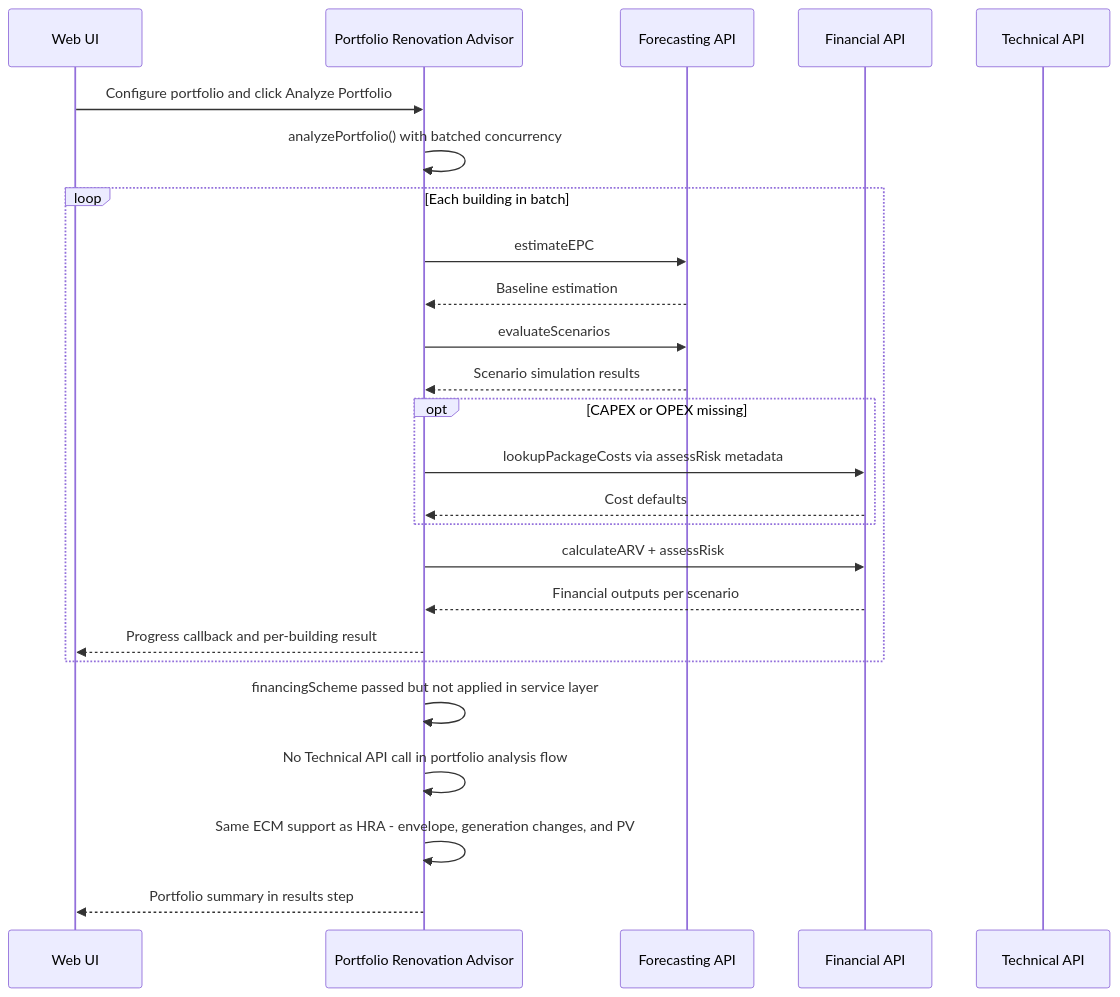
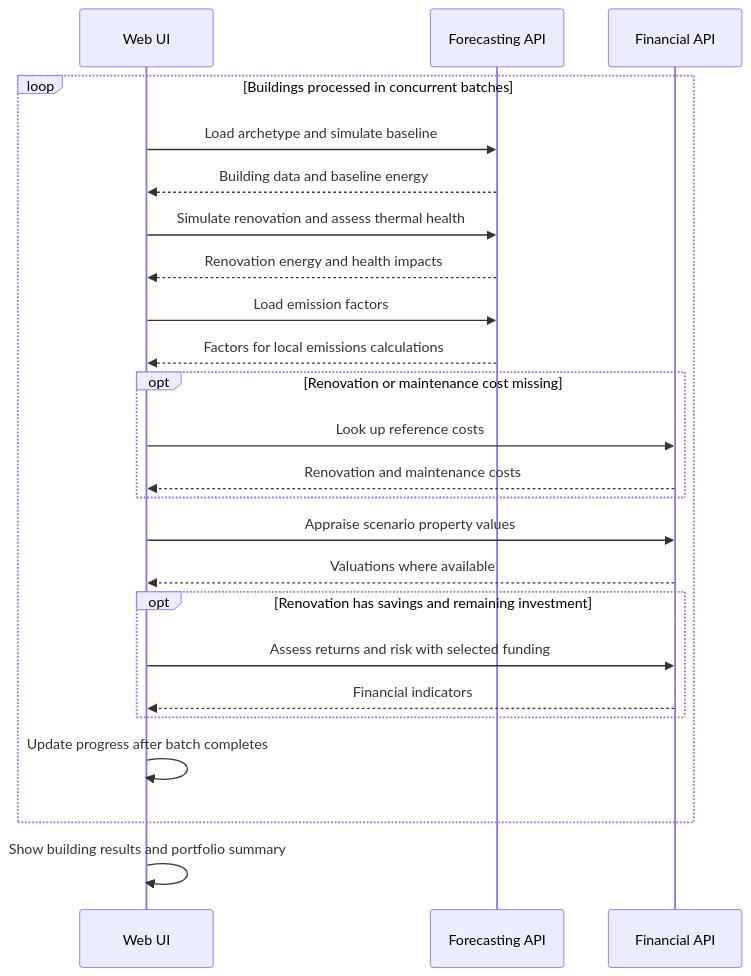
The second of 3 diagrams in README.md (ReLIFE-Project-EU/relife-web-ui), drawn with Mermaid before and after one commit. The commit also changed other lines of this file, not shown here.

Commit message:
📝 Refine README and correct architecture diagrams

````diff
--- a/README.md
+++ b/README.md
@@ -114,28 +100,27 @@
 ```mermaid
 sequenceDiagram
     participant UI as Web UI
-    participant PRA as Portfolio Renovation Advisor
     participant FCAST as Forecasting API
     participant FIN as Financial API
-    participant TECH as Technical API
 
-    UI->>PRA: Configure portfolio and click Analyze Portfolio
-    PRA->>PRA: analyzePortfolio() with batched concurrency
-    loop Each building in batch
-      PRA->>FCAST: estimateEPC
-      FCAST-->>PRA: Baseline estimation
-      PRA->>FCAST: evaluateScenarios
-      FCAST-->>PRA: Scenario simulation results
-      opt CAPEX or OPEX missing
-        PRA->>FIN: lookupPackageCosts via assessRisk metadata
-        FIN-->>PRA: Cost defaults
+    loop Buildings processed in concurrent batches
+      UI->>FCAST: Load archetype and simulate baseline
+      FCAST-->>UI: Building data and baseline energy
+      UI->>FCAST: Simulate renovation and assess thermal health
+      FCAST-->>UI: Renovation energy and health impacts
+      UI->>FCAST: Load emission factors
+      FCAST-->>UI: Factors for local emissions calculations
+      opt Renovation or maintenance cost missing
+        UI->>FIN: Look up reference costs
+        FIN-->>UI: Renovation and maintenance costs
       end
-      PRA->>FIN: calculateARV + assessRisk
-      FIN-->>PRA: Financial outputs per scenario
-      PRA-->>UI: Progress callback and per-building result
+      UI->>FIN: Appraise scenario property values
+      FIN-->>UI: Valuations where available
+      opt Renovation has savings and remaining investment
+        UI->>FIN: Assess returns and risk with selected funding
+        FIN-->>UI: Financial indicators
+      end
+      UI->>UI: Update progress after batch completes
     end
-    PRA->>PRA: financingScheme passed but not applied in service layer
-    PRA->>PRA: No Technical API call in portfolio analysis flow
-    PRA->>PRA: Same ECM support as HRA - envelope, generation changes, and PV
-    PRA-->>UI: Portfolio summary in results step
+    UI->>UI: Show building results and portfolio summary
 ```
````
